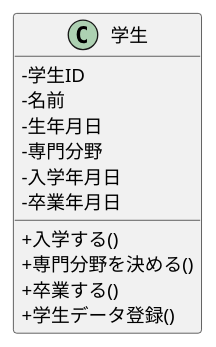
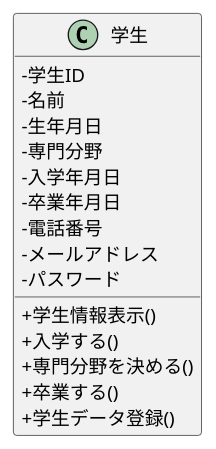
One commit to yama-0322/ohara_uml changed the diagram in 05_web_ronbun/class.pu. Above: the diagram before and after it, drawn with PlantUML.

```diff
--- a/05_web_ronbun/class.pu
+++ b/05_web_ronbun/class.pu
@@ -1,17 +1,21 @@
 @startuml
 skinparam classAttributeIconSize 0
 class 学生 {
  -学生ID
  -名前
  -生年月日
  -専門分野
  -入学年月日
  -卒業年月日
+ -電話番号
+ -メールアドレス
+ -パスワード
+ +学生情報表示()
  +入学する()
  +専門分野を決める()
  +卒業する()
  'シーケンス図をもとに追加
  +学生データ登録()
 }
 
 @enduml
```
